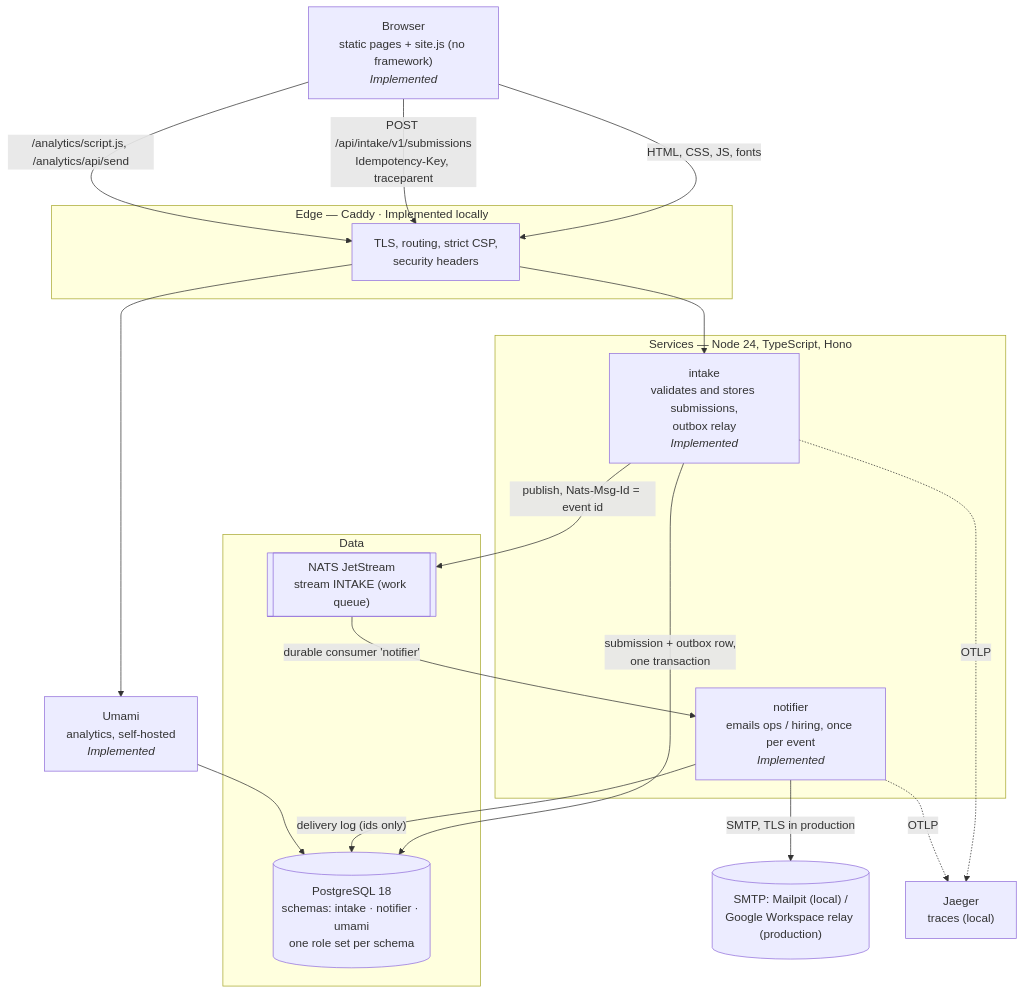
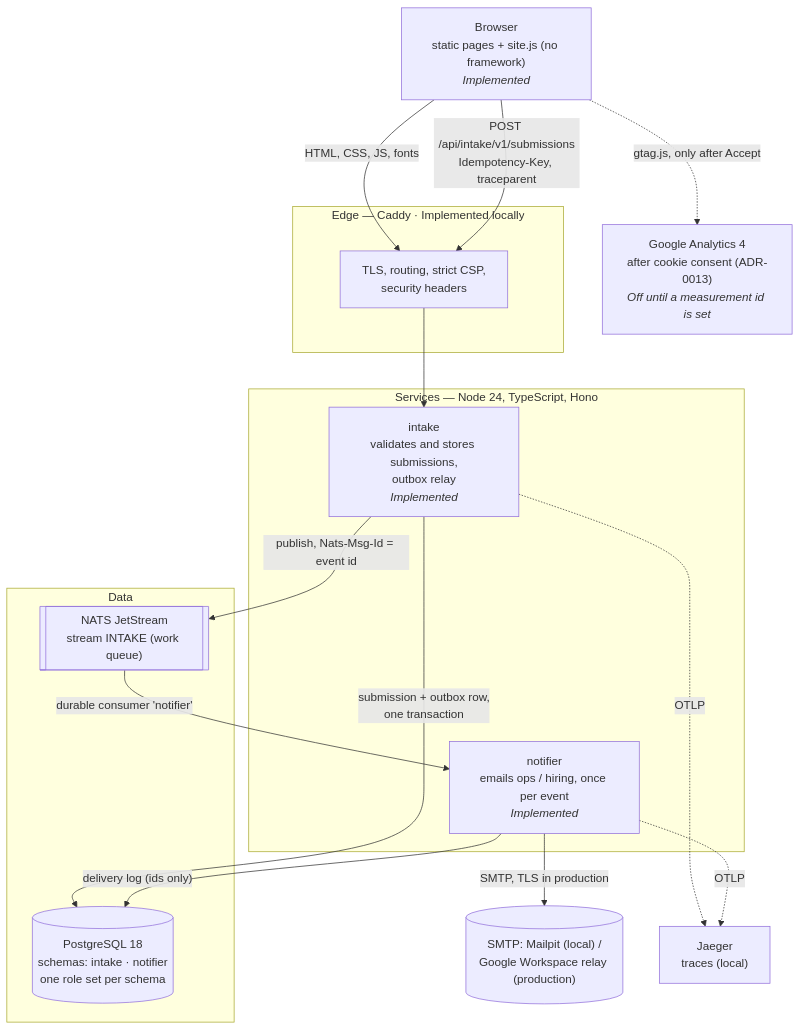
Before and after one commit to angritsay/eunice-site: the second of 4 diagrams in docs/architecture/overview.md, drawn with Mermaid. The commit also changed other lines of this file and 35 other files, not shown here.

First line of the commit message:
Analytics: Google Analytics after cookie consent instead of self-hosted Umami

````diff
--- a/docs/architecture/overview.md
+++ b/docs/architecture/overview.md
@@ -38,36 +38,34 @@
 ```mermaid
 flowchart TB
   browser["Browser<br/>static pages + site.js (no framework)<br/><i>Implemented</i>"]
 
   subgraph edge["Edge — Caddy · Implemented locally"]
     caddy["TLS, routing, strict CSP,<br/>security headers"]
   end
 
   subgraph svc["Services — Node 24, TypeScript, Hono"]
     intake["intake<br/>validates and stores submissions,<br/>outbox relay<br/><i>Implemented</i>"]
     notifier["notifier<br/>emails ops / hiring, once per event<br/><i>Implemented</i>"]
   end
 
   subgraph data["Data"]
-    pg[("PostgreSQL 18<br/>schemas: intake · notifier · umami<br/>one role set per schema")]
+    pg[("PostgreSQL 18<br/>schemas: intake · notifier<br/>one role set per schema")]
     nats[["NATS JetStream<br/>stream INTAKE (work queue)"]]
   end
 
-  umami["Umami<br/>analytics, self-hosted<br/><i>Implemented</i>"]
+  ga["Google Analytics 4<br/>after cookie consent (ADR-0013)<br/><i>Off until a measurement id is set</i>"]
   mailer[("SMTP: Mailpit (local) /<br/>Google Workspace relay (production)")]
   jaeger["Jaeger<br/>traces (local)"]
 
   browser -- "HTML, CSS, JS, fonts" --> caddy
   browser -- "POST /api/intake/v1/submissions<br/>Idempotency-Key, traceparent" --> caddy
-  browser -- "/analytics/script.js, /analytics/api/send" --> caddy
+  browser -. "gtag.js, only after Accept" .-> ga
   caddy --> intake
-  caddy --> umami
   intake -- "submission + outbox row,<br/>one transaction" --> pg
   intake -- "publish, Nats-Msg-Id = event id" --> nats
   nats -- "durable consumer 'notifier'" --> notifier
   notifier -- "delivery log (ids only)" --> pg
   notifier -- "SMTP, TLS in production" --> mailer
-  umami --> pg
   intake -. "OTLP" .-> jaeger
   notifier -. "OTLP" .-> jaeger
 ```
````
